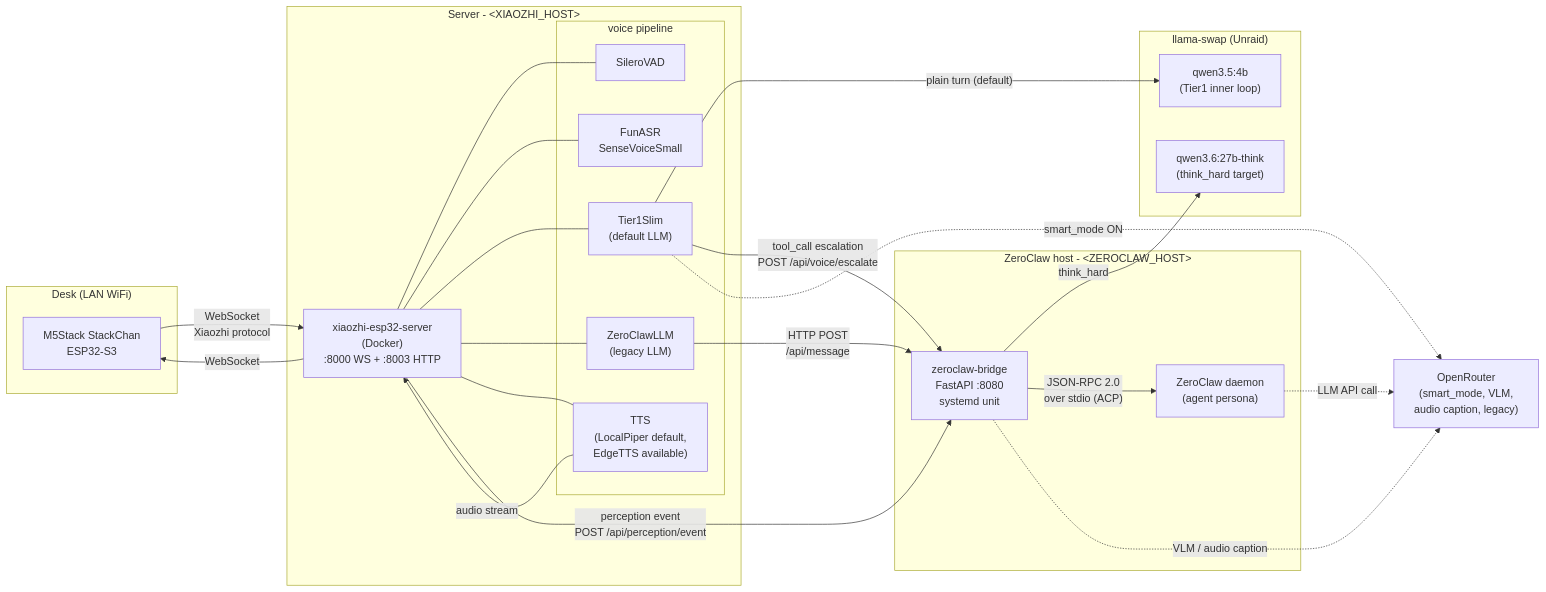
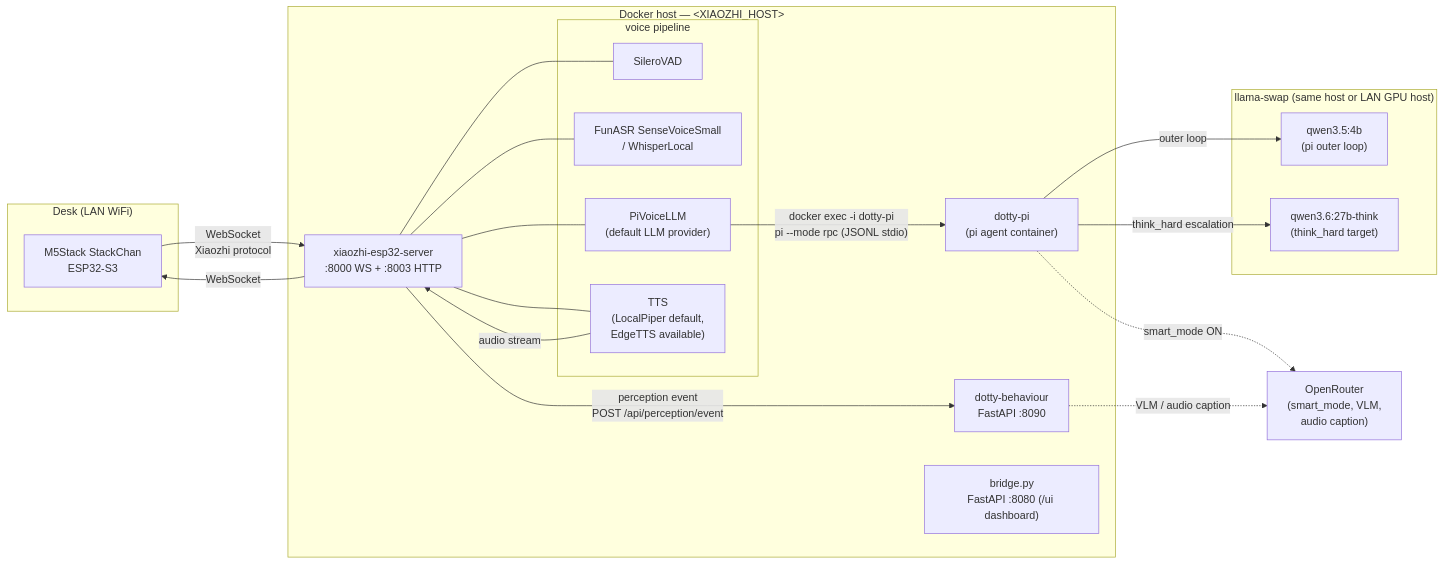
The first of 3 diagrams in docs/architecture.md (alkaid/dotty-stackchan), drawn with Mermaid before and after one commit. The commit also changed other lines of this file and 50 other files, not shown here.

First line of the commit message:
docs: retire ZeroClaw — reconcile docs + config to the post-#36 architecture (#90)

````diff
--- a/docs/architecture.md
+++ b/docs/architecture.md
@@ -21,43 +20,37 @@
 ```mermaid
 flowchart LR
     subgraph Desk["Desk (LAN WiFi)"]
         SC["M5Stack StackChan<br/>ESP32-S3"]
     end
 
-    subgraph DockerHost["Server - &lt;XIAOZHI_HOST&gt;"]
-        XZ["xiaozhi-esp32-server<br/>(Docker)<br/>:8000 WS + :8003 HTTP"]
+    subgraph DockerHost["Docker host — &lt;XIAOZHI_HOST&gt;"]
+        XZ["xiaozhi-esp32-server<br/>:8000 WS + :8003 HTTP"]
         subgraph XZMods["voice pipeline"]
             VAD["SileroVAD"]
-            ASR["FunASR<br/>SenseVoiceSmall"]
-            T1S["Tier1Slim<br/>(default LLM)"]
-            ZCL["ZeroClawLLM<br/>(legacy LLM)"]
+            ASR["FunASR SenseVoiceSmall<br/>/ WhisperLocal"]
+            PV["PiVoiceLLM<br/>(default LLM provider)"]
             TTS["TTS<br/>(LocalPiper default,<br/>EdgeTTS available)"]
         end
+        PI["dotty-pi<br/>(pi agent container)"]
+        BH["dotty-behaviour<br/>FastAPI :8090"]
+        BR["bridge.py<br/>FastAPI :8080 (/ui dashboard)"]
     end
 
-    subgraph Llama["llama-swap (Unraid)"]
-        SLIM["qwen3.5:4b<br/>(Tier1 inner loop)"]
+    subgraph Llama["llama-swap (same host or LAN GPU host)"]
+        SLIM["qwen3.5:4b<br/>(pi outer loop)"]
         THINK["qwen3.6:27b-think<br/>(think_hard target)"]
     end
 
-    subgraph ZCHost["ZeroClaw host - &lt;ZEROCLAW_HOST&gt;"]
-        Bridge["zeroclaw-bridge<br/>FastAPI :8080<br/>systemd unit"]
-        ZC["ZeroClaw daemon<br/>(agent persona)"]
-    end
-
-    Cloud["OpenRouter<br/>(smart_mode, VLM,<br/>audio caption, legacy)"]
+    Cloud["OpenRouter<br/>(smart_mode, VLM,<br/>audio caption)"]
 
     SC -->|"WebSocket<br/>Xiaozhi protocol"| XZ
-    XZ --- VAD & ASR & T1S & ZCL & TTS
-    T1S -->|"plain turn (default)"| SLIM
-    T1S -->|"tool_call escalation<br/>POST /api/voice/escalate"| Bridge
-    ZCL -->|"HTTP POST<br/>/api/message"| Bridge
-    Bridge -->|"think_hard"| THINK
-    Bridge -->|"JSON-RPC 2.0<br/>over stdio (ACP)"| ZC
-    ZC -.->|"LLM API call"| Cloud
-    Bridge -.->|"VLM / audio caption"| Cloud
-    T1S -.->|"smart_mode ON"| Cloud
-    XZ -->|"perception event<br/>POST /api/perception/event"| Bridge
+    XZ --- VAD & ASR & PV & TTS
+    PV -->|"docker exec -i dotty-pi<br/>pi --mode rpc (JSONL stdio)"| PI
+    PI -->|"outer loop"| SLIM
+    PI -->|"think_hard escalation"| THINK
+    PI -.->|"smart_mode ON"| Cloud
+    XZ -->|"perception event<br/>POST /api/perception/event"| BH
+    BH -.->|"VLM / audio caption"| Cloud
     TTS -->|"audio stream"| XZ
     XZ -->|"WebSocket"| SC
 ```
````
